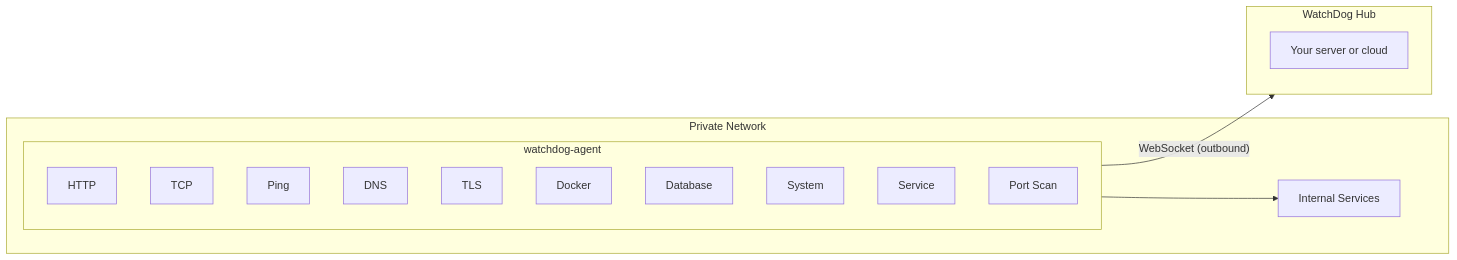
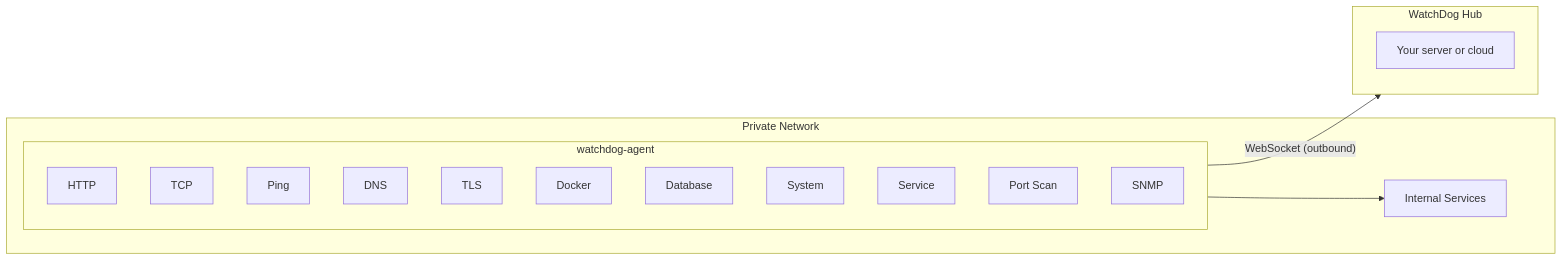
The diagram in README.md (sylvester-francis/watchdog-agent), drawn with Mermaid before and after one commit. The commit also changed other lines of this file, not shown here.

First line of the commit message:
docs: fix mermaid diagram + dependencies list (SNMP omissions) (#22)

````diff
--- a/README.md
+++ b/README.md
@@ -40,25 +40,26 @@
 ```mermaid
 graph LR
     subgraph net["Private Network"]
         subgraph agent["watchdog-agent"]
             HTTP
             TCP
             Ping
             DNS
             TLS
             Docker
             Database
             System
             Service
             PortScan["Port Scan"]
+            SNMP
         end
         Services["Internal Services"]
         agent --> Services
     end
 
     subgraph hub["WatchDog Hub"]
         Server["Your server or cloud"]
     end
 
     agent -- "WebSocket (outbound)" --> hub
 ```
````
